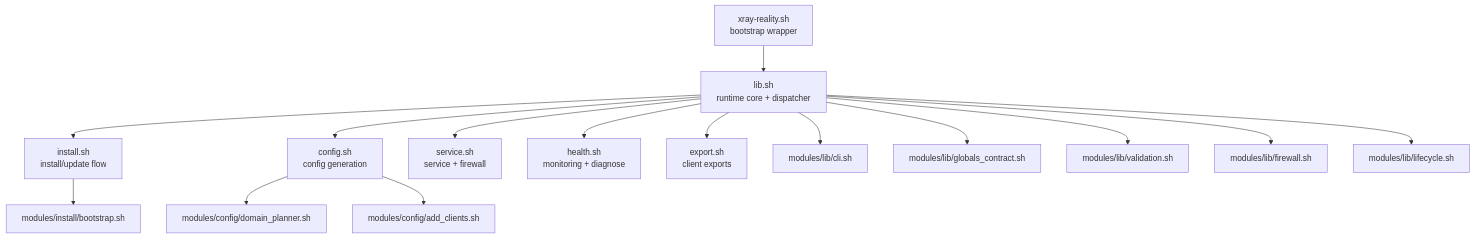
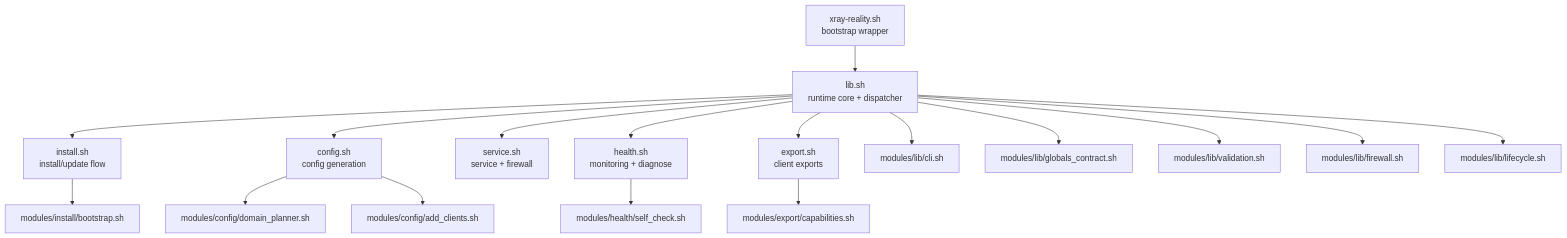
The first of 2 diagrams in docs/en/ARCHITECTURE.md (neket58174/network-stealth-core), drawn with Mermaid before and after one commit. The commit also changed other lines of this file and 40 other files, not shown here.

````diff
--- a/docs/en/ARCHITECTURE.md
+++ b/docs/en/ARCHITECTURE.md
@@ -14,36 +16,40 @@
 ```mermaid
 flowchart TD
     W[xray-reality.sh\nbootstrap wrapper]
     L[lib.sh\nruntime core + dispatcher]
     I[install.sh\ninstall/update flow]
     C[config.sh\nconfig generation]
     S[service.sh\nservice + firewall]
     H[health.sh\nmonitoring + diagnose]
     E[export.sh\nclient exports]
 
     MCLI[modules/lib/cli.sh]
     MGLOB[modules/lib/globals_contract.sh]
     MVAL[modules/lib/validation.sh]
     MFW[modules/lib/firewall.sh]
     MLIFE[modules/lib/lifecycle.sh]
     MCFG[modules/config/domain_planner.sh]
     MADD[modules/config/add_clients.sh]
     MBOOT[modules/install/bootstrap.sh]
+    MSELF[modules/health/self_check.sh]
+    MCAP[modules/export/capabilities.sh]
 
     W --> L
     L --> I
     L --> C
     L --> S
     L --> H
     L --> E
 
     L --> MCLI
     L --> MGLOB
     L --> MVAL
     L --> MFW
     L --> MLIFE
 
     C --> MCFG
     C --> MADD
     I --> MBOOT
+    H --> MSELF
+    E --> MCAP
 ```
````
